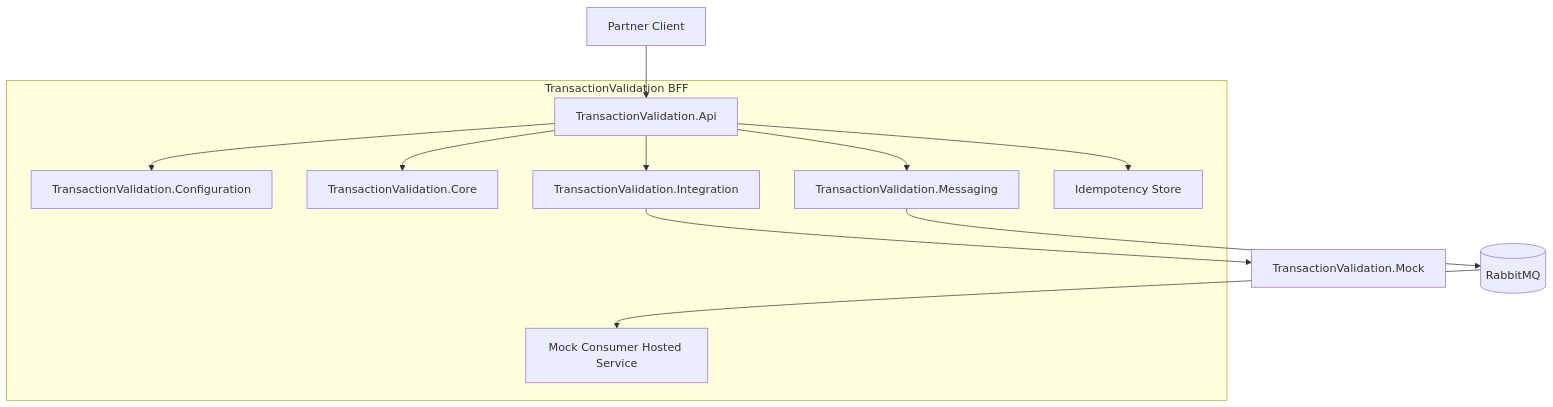
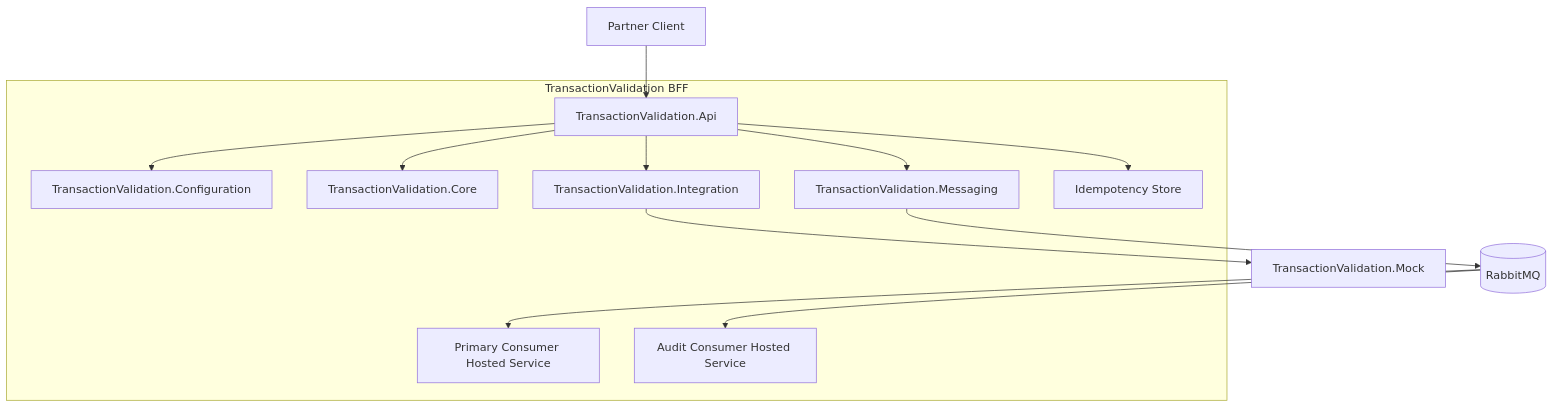
One commit to haudtech/transaction-validation changed the second of 3 diagrams in docs/architecture_design/Architecture_design.md. Above: the diagram before and after it, drawn with Mermaid. The commit also changed other lines of this file and 23 other files, not shown here.

````diff
--- a/docs/architecture_design/Architecture_design.md
+++ b/docs/architecture_design/Architecture_design.md
@@ -38,23 +39,25 @@
 ```mermaid
 flowchart TB
     subgraph BFF[TransactionValidation BFF]
         Api[TransactionValidation.Api]
         Cfg[TransactionValidation.Configuration]
         Core[TransactionValidation.Core]
         Intg[TransactionValidation.Integration]
         Msg[TransactionValidation.Messaging]
-        Cons[Mock Consumer Hosted Service]
+        Primary[Primary Consumer Hosted Service]
+        Audit[Audit Consumer Hosted Service]
         Idem[Idempotency Store]
     end
 
     Partner[Partner Client] --> Api
     Api --> Cfg
     Api --> Core
     Api --> Intg
     Api --> Msg
     Api --> Idem
 
     Intg --> Mock[TransactionValidation.Mock]
     Msg --> MQ[(RabbitMQ)]
-    MQ --> Cons
+    MQ --> Primary
+    MQ --> Audit
 ```
````
